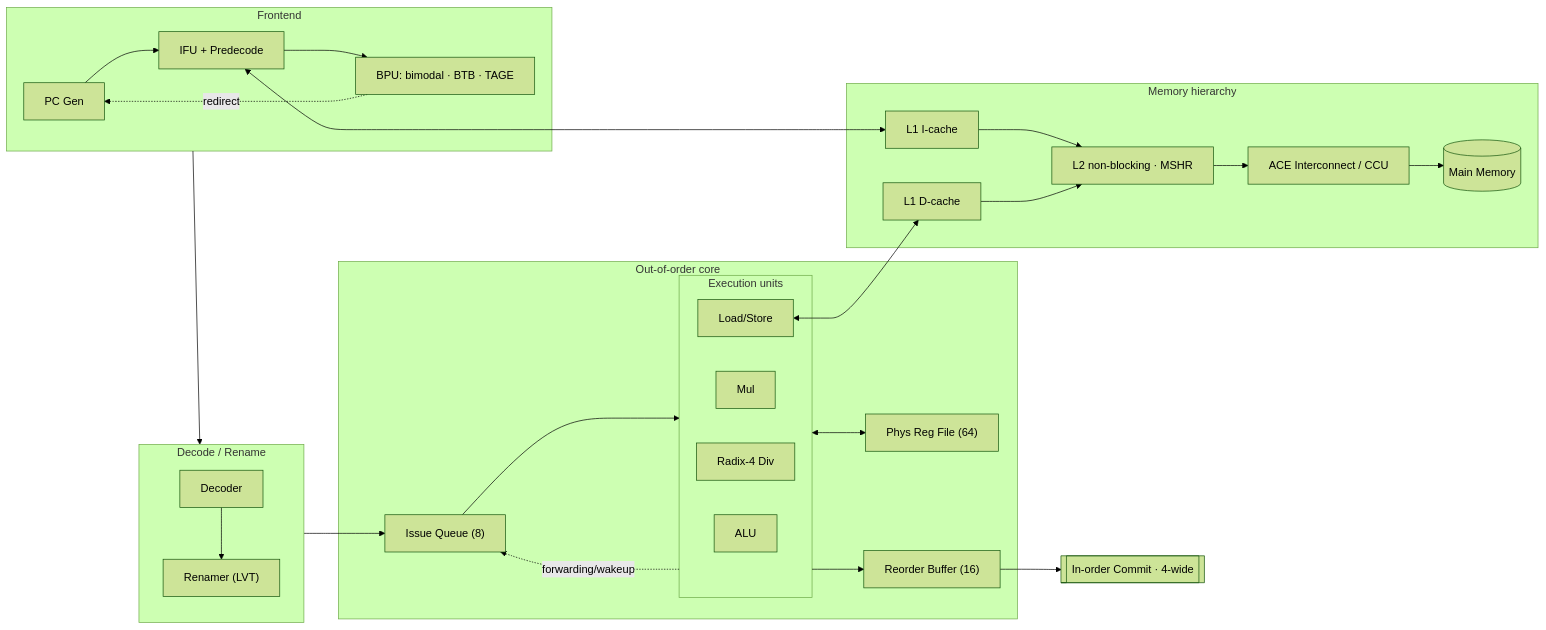
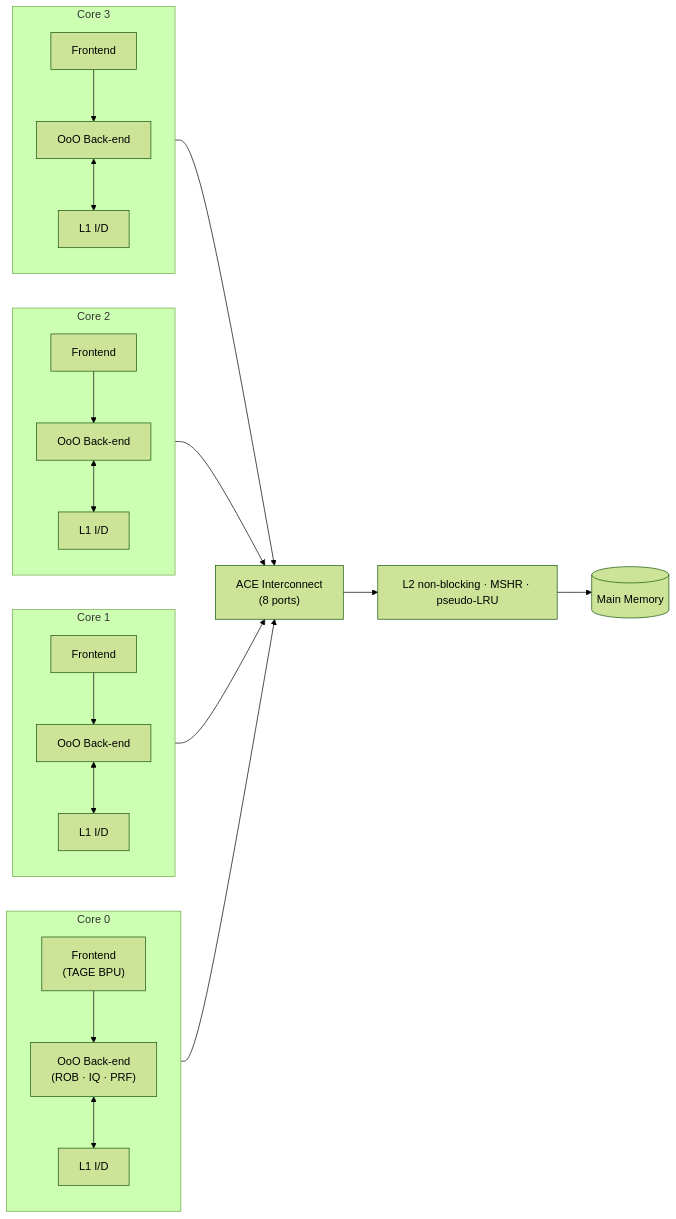
The first of 2 diagrams in README.md (HirunaVishwamith/Chiron), drawn with Mermaid (forest theme) before and after one commit. The commit also changed other lines of this file and 86 other files, not shown here.

````diff
--- a/README.md
+++ b/README.md
@@ -62,30 +62,27 @@
 ```mermaid
 flowchart LR
-    subgraph FE["Frontend"]
-      PC[PC Gen] --> IFU[IFU + Predecode]
-      IFU --> BPU["BPU: bimodal · BTB · TAGE"]
-      BPU -. redirect .-> PC
+    subgraph C0["Core 0"]
+      direction TB
+      FE0["Frontend\n(TAGE BPU)"] --> BE0["OoO Back-end\n(ROB · IQ · PRF)"]
+      BE0 <--> MH0["L1 I/D"]
     end
-    subgraph RN["Decode / Rename"]
-      DEC[Decoder] --> REN["Renamer (LVT)"]
+    subgraph C1["Core 1"]
+      direction TB
+      FE1["Frontend"] --> BE1["OoO Back-end"]
+      BE1 <--> MH1["L1 I/D"]
     end
-    subgraph BE["Out-of-order core"]
-      IQ["Issue Queue (8)"] --> EXE
-      subgraph EXE["Execution units"]
-        ALU[ALU] & MUL[Mul] & DIV["Radix-4 Div"] & LSU[Load/Store]
-      end
-      PRF["Phys Reg File (64)"]
-      ROB["Reorder Buffer (16)"]
+    subgraph C2["Core 2"]
+      direction TB
+      FE2["Frontend"] --> BE2["OoO Back-end"]
+      BE2 <--> MH2["L1 I/D"]
     end
-    subgraph MEM["Memory hierarchy"]
-      L1I[L1 I-cache] & L1D[L1 D-cache] --> L2["L2 non-blocking · MSHR"]
-      L2 --> IC["ACE Interconnect / CCU"] --> RAM[(Main Memory)]
+    subgraph C3["Core 3"]
+      direction TB
+      FE3["Frontend"] --> BE3["OoO Back-end"]
+      BE3 <--> MH3["L1 I/D"]
     end
 
-    FE --> RN --> IQ
-    EXE <--> PRF
-    EXE --> ROB --> CM[[In-order Commit · 4-wide]]
-    IFU <--> L1I
-    LSU <--> L1D
-    EXE -. forwarding/wakeup .-> IQ
+    MH0 & MH1 & MH2 & MH3 --> IC["ACE Interconnect\n(8 ports)"]
+    IC --> L2["L2 non-blocking · MSHR · pseudo-LRU"]
+    L2 --> RAM[(Main Memory)]
 ```
````
